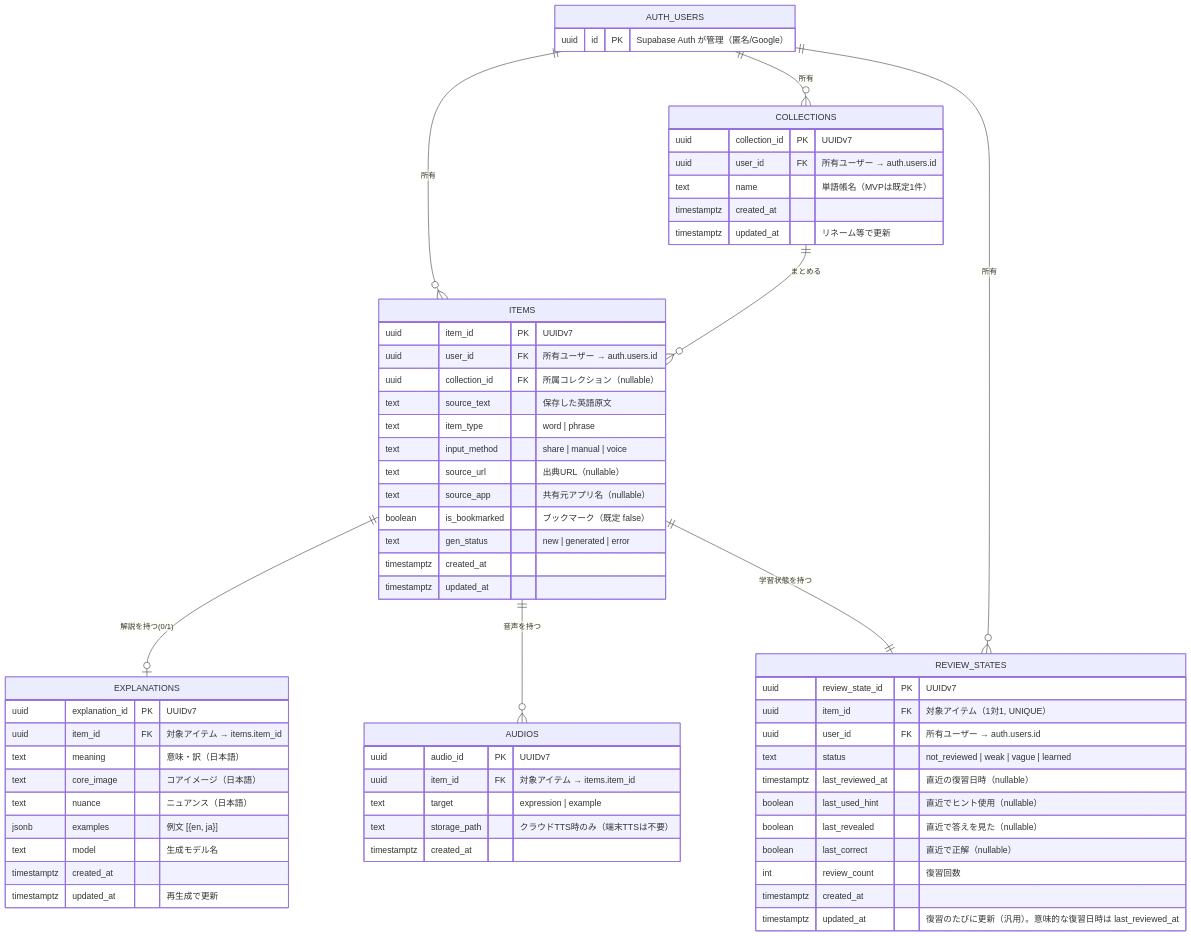
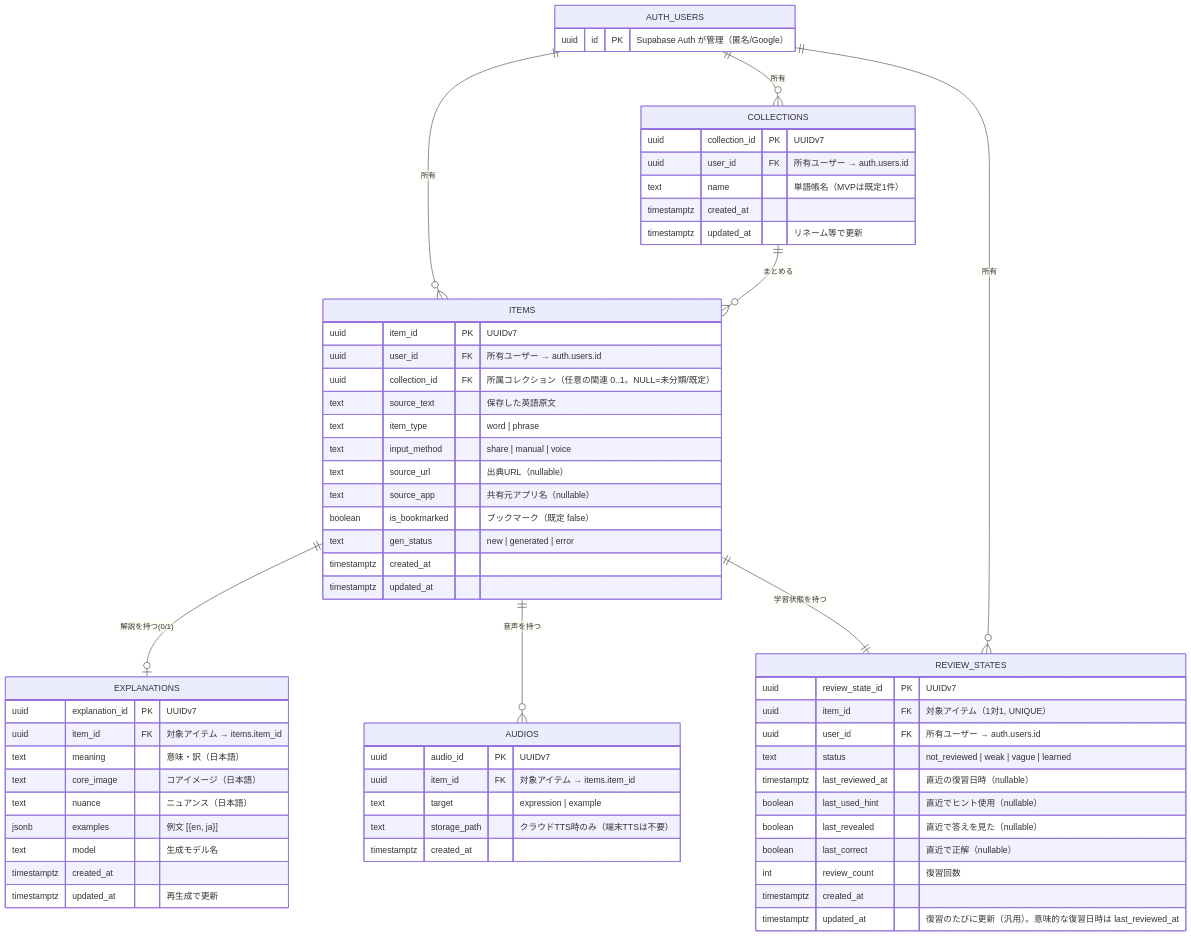
One commit to komikonkon/Rakuku changed the diagram in docs/er-diagram.md. Above: the diagram before and after it, drawn with Mermaid. The commit also changed other lines of this file and 1 other file, not shown here.

First line of the commit message:
Clarify FK nullability policy (collection_id stays nullable)

````diff
--- a/docs/er-diagram.md
+++ b/docs/er-diagram.md
@@ -14,71 +14,71 @@
 ```mermaid
 erDiagram
     AUTH_USERS  ||--o{ COLLECTIONS    : "所有"
     AUTH_USERS  ||--o{ ITEMS          : "所有"
     COLLECTIONS ||--o{ ITEMS          : "まとめる"
     ITEMS       ||--o| EXPLANATIONS   : "解説を持つ(0/1)"
     ITEMS       ||--o{ AUDIOS         : "音声を持つ"
     ITEMS       ||--|| REVIEW_STATES  : "学習状態を持つ"
     AUTH_USERS  ||--o{ REVIEW_STATES  : "所有"
 
     AUTH_USERS {
         uuid id PK "Supabase Auth が管理（匿名/Google）"
     }
 
     COLLECTIONS {
         uuid        collection_id PK "UUIDv7"
         uuid        user_id       FK "所有ユーザー → auth.users.id"
         text        name          "単語帳名（MVPは既定1件）"
         timestamptz created_at
         timestamptz updated_at     "リネーム等で更新"
     }
 
     ITEMS {
         uuid        item_id       PK "UUIDv7"
         uuid        user_id       FK "所有ユーザー → auth.users.id"
-        uuid        collection_id FK "所属コレクション（nullable）"
+        uuid        collection_id FK "所属コレクション（任意の関連 0..1。NULL=未分類/既定）"
         text        source_text   "保存した英語原文"
         text        item_type     "word | phrase"
         text        input_method  "share | manual | voice"
         text        source_url    "出典URL（nullable）"
         text        source_app    "共有元アプリ名（nullable）"
         boolean     is_bookmarked "ブックマーク（既定 false）"
         text        gen_status    "new | generated | error"
         timestamptz created_at
         timestamptz updated_at
     }
 
     EXPLANATIONS {
         uuid        explanation_id PK "UUIDv7"
         uuid        item_id        FK "対象アイテム → items.item_id"
         text        meaning        "意味・訳（日本語）"
         text        core_image     "コアイメージ（日本語）"
         text        nuance         "ニュアンス（日本語）"
         jsonb       examples       "例文 [{en, ja}]"
         text        model          "生成モデル名"
         timestamptz created_at
         timestamptz updated_at      "再生成で更新"
     }
 
     AUDIOS {
         uuid        audio_id     PK "UUIDv7"
         uuid        item_id      FK "対象アイテム → items.item_id"
         text        target       "expression | example"
         text        storage_path "クラウドTTS時のみ（端末TTSは不要）"
         timestamptz created_at
     }
 
     REVIEW_STATES {
         uuid        review_state_id  PK "UUIDv7"
         uuid        item_id          FK "対象アイテム（1対1, UNIQUE）"
         uuid        user_id          FK "所有ユーザー → auth.users.id"
         text        status           "not_reviewed | weak | vague | learned"
         timestamptz last_reviewed_at "直近の復習日時（nullable）"
         boolean     last_used_hint   "直近でヒント使用（nullable）"
         boolean     last_revealed    "直近で答えを見た（nullable）"
         boolean     last_correct     "直近で正解（nullable）"
         int         review_count     "復習回数"
         timestamptz created_at
         timestamptz updated_at       "復習のたびに更新（汎用）。意味的な復習日時は last_reviewed_at"
     }
 ```
````
